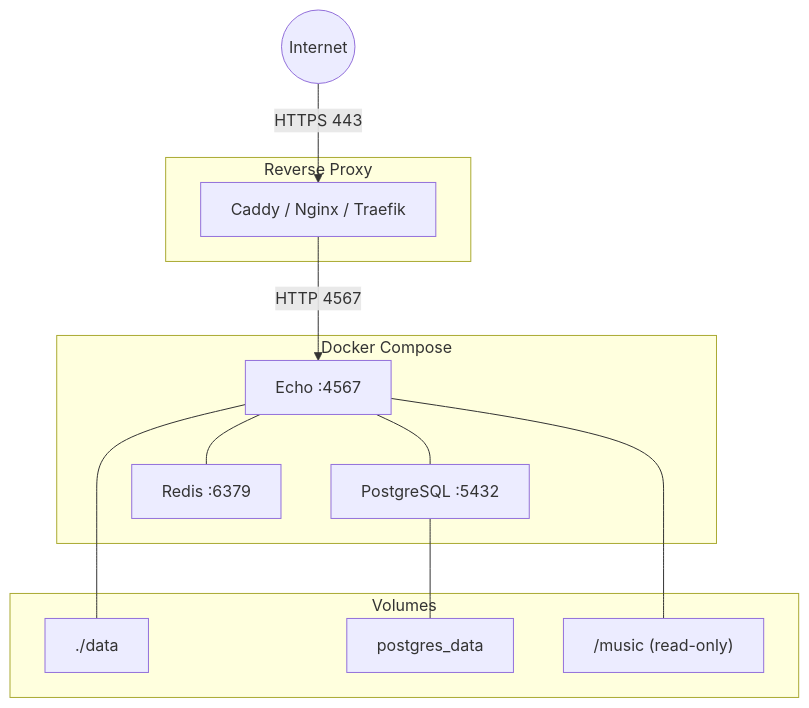
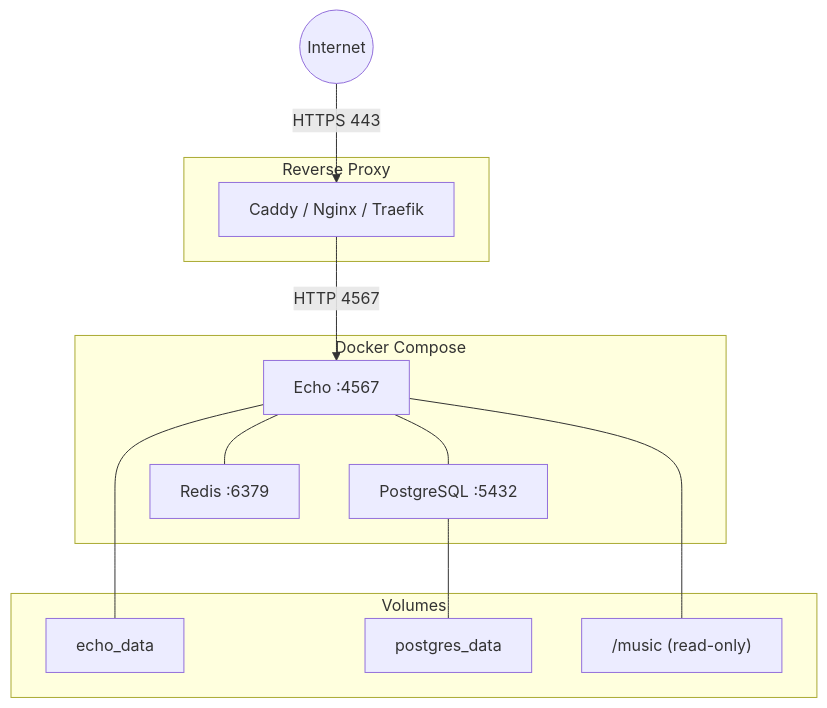
Before and after one commit to Alexzafra13/echo: the fifth of 5 diagrams in docs/architecture.md, drawn with Mermaid. The commit also changed 15 other files, not shown here.

First line of the commit message:
docs: alinea la documentación con el volumen echo_data y las variables reales

````diff
--- a/docs/architecture.md
+++ b/docs/architecture.md
@@ -170,28 +170,28 @@
 ```mermaid
 graph TB
     Internet(("Internet"))
 
     subgraph RP["Reverse Proxy"]
         Proxy["Caddy / Nginx / Traefik"]
     end
 
     subgraph DC["Docker Compose"]
         Echo["Echo :4567"]
         PG["PostgreSQL :5432"]
         Redis["Redis :6379"]
     end
 
     subgraph Vol["Volumes"]
-        Data["./data"]
+        Data["echo_data"]
         PGData["postgres_data"]
         Music["/music (read-only)"]
     end
 
     Internet -->|HTTPS 443| Proxy
     Proxy -->|HTTP 4567| Echo
     Echo --- PG
     Echo --- Redis
     Echo --- Data
     PG --- PGData
     Echo --- Music
 ```
````
